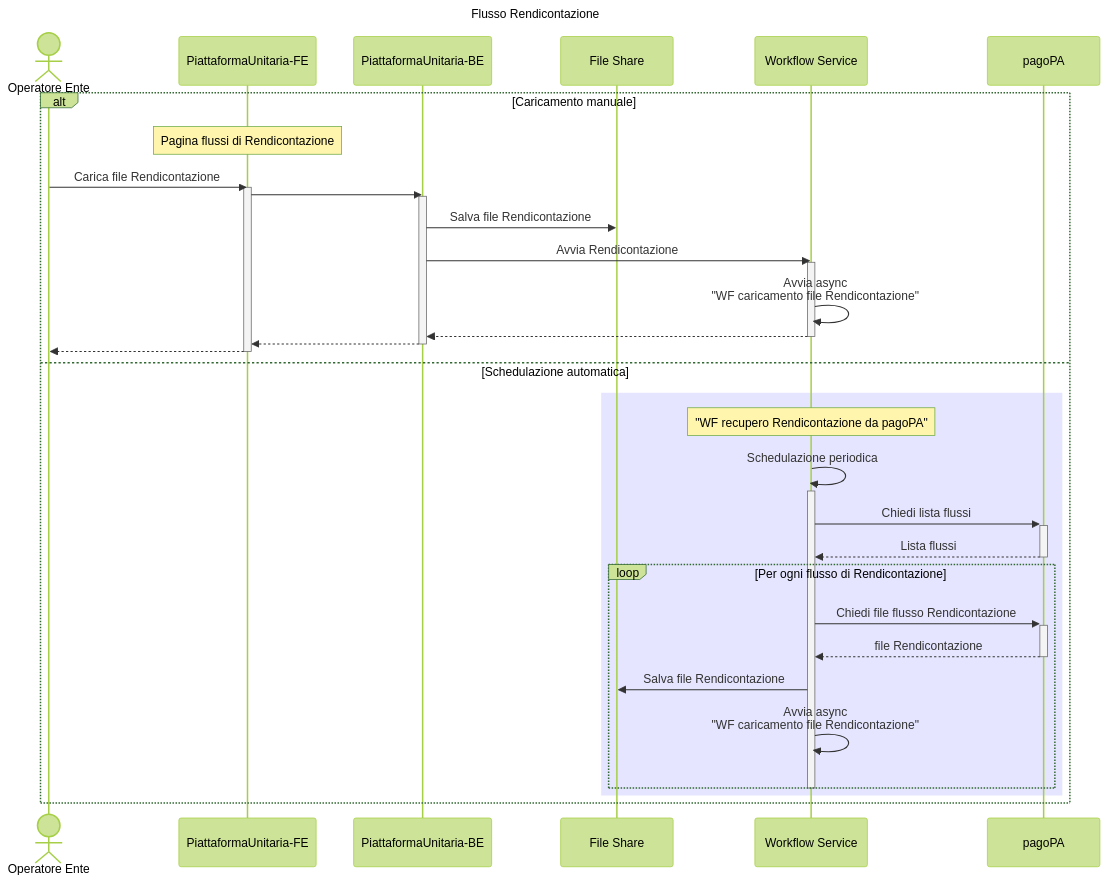
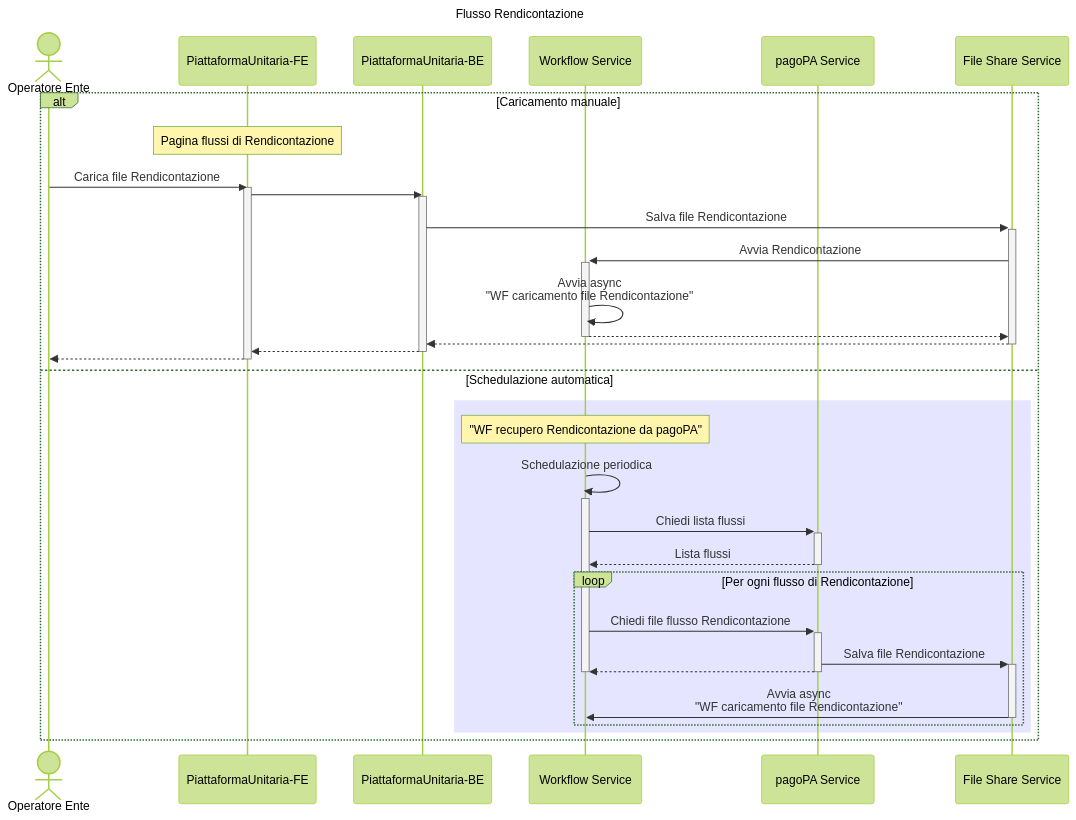
One commit to pagopa/p4pa-doc changed the diagram in design/workflow/classificazioneIncassi/03.seq_rendicontazione.mmd. Above: the diagram before and after it, drawn with Mermaid (forest theme). The commit also changed 7 other files, not shown here.

```diff
--- a/design/workflow/classificazioneIncassi/03.seq_rendicontazione.mmd
+++ b/design/workflow/classificazioneIncassi/03.seq_rendicontazione.mmd
@@ -1,52 +1,49 @@
 ---
 title: Flusso Rendicontazione
 ---
 sequenceDiagram
     actor USER as Operatore Ente
     participant PU-FE as PiattaformaUnitaria-FE
     participant PU-BE as PiattaformaUnitaria-BE
-    participant FS as File Share
     participant WF as Workflow Service
-    participant PAGOPA as pagoPA
+    participant PAGOPA as pagoPA Service
+    participant FS as File Share Service
 
     alt Caricamento manuale
         note over PU-FE: Pagina flussi di Rendicontazione
         USER ->> PU-FE: Carica file Rendicontazione
 
         activate PU-FE
             PU-FE ->> PU-BE: #
 
             activate PU-BE
-                PU-BE ->> FS: Salva file Rendicontazione
-                PU-BE ->> WF: Avvia Rendicontazione
-
-                activate WF
-                    WF ->>WF: Avvia async<BR />"WF caricamento file Rendicontazione"
-                    WF -->> PU-BE: #
-                deactivate WF
+                PU-BE ->>+ FS: Salva file Rendicontazione
+                    FS ->>+ WF: Avvia Rendicontazione
+                        WF ->>WF: Avvia async<BR />"WF caricamento file Rendicontazione"
+                        WF -->>- FS: #
+                    FS -->>- PU-BE: #
 
                 PU-BE -->> PU-FE: #
             deactivate PU-BE
 
             PU-FE -->> USER: #
         deactivate PU-FE
     else Schedulazione automatica
         rect rgba(0, 0, 255, .1)
             note over WF: "WF recupero Rendicontazione da pagoPA"
-            WF ->> WF : Schedulazione periodica
-
-            activate WF
+            WF ->>+ WF : Schedulazione periodica
                 WF ->>+ PAGOPA: Chiedi lista flussi
                 PAGOPA -->>- WF: Lista flussi
 
                 loop Per ogni flusso di Rendicontazione
                     WF ->>+ PAGOPA: Chiedi file flusso Rendicontazione
-                    PAGOPA -->>- WF: file Rendicontazione
-                    WF ->> FS: Salva file Rendicontazione
+                        PAGOPA ->>+ FS: Salva file Rendicontazione
+                        PAGOPA -->>- WF: #
+                    deactivate WF
 
-                    WF ->> WF : Avvia async<BR />"WF caricamento file Rendicontazione"
+                    FS ->> WF : Avvia async<BR />"WF caricamento file Rendicontazione"
+                    deactivate FS
                 end
-            deactivate WF
         end
 
     end
```
